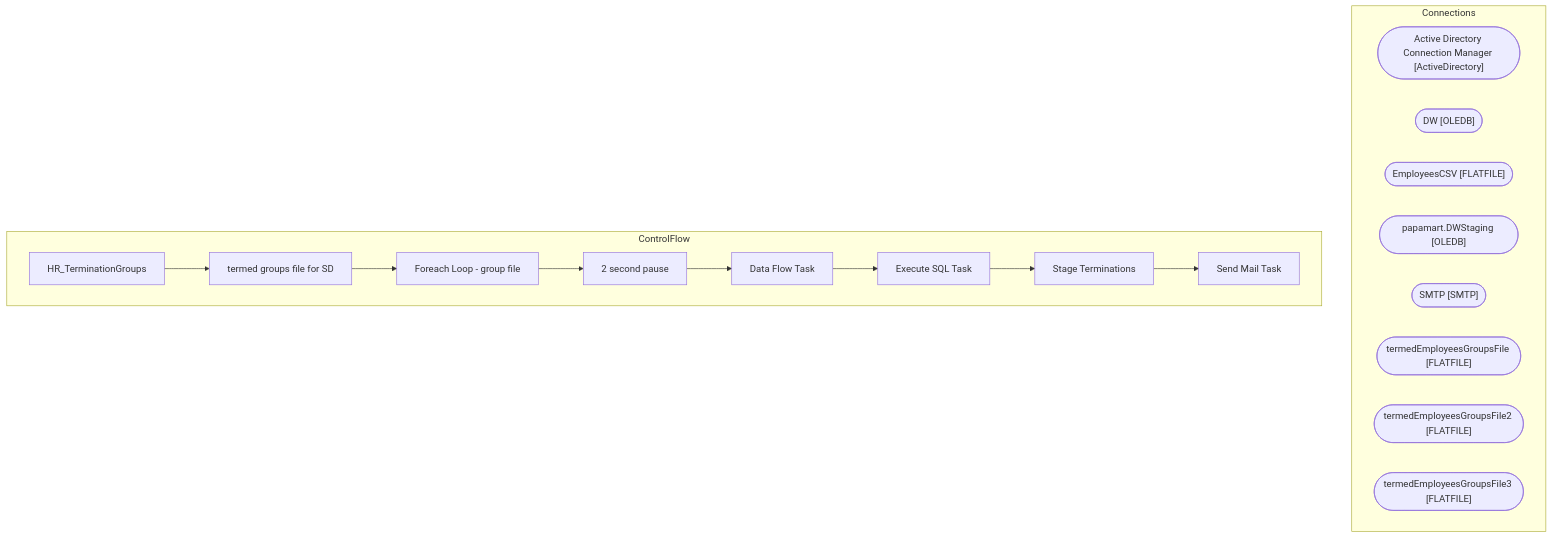
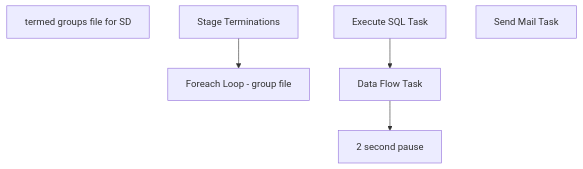
The diagram in bab-docs-explorer/Documentation/STL-SSIS-P-01/SSIS/HR/HR_TerminationGroups.HR_TerminationGroups.md (juanandresbrain/BABSkills), drawn with Mermaid before and after one commit. The commit also changed other lines of this file and 273 other files, not shown here.

````diff
--- a/bab-docs-explorer/Documentation/STL-SSIS-P-01/SSIS/HR/HR_TerminationGroups.HR_TerminationGroups.md
+++ b/bab-docs-explorer/Documentation/STL-SSIS-P-01/SSIS/HR/HR_TerminationGroups.HR_TerminationGroups.md
@@ -9,30 +47,13 @@
 ```mermaid
 flowchart TD
-    subgraph Connections
-        Active_Directory_Connection_Manager_conn(["Active Directory Connection Manager [ActiveDirectory]"])
-        DW_conn(["DW [OLEDB]"])
-        EmployeesCSV_conn(["EmployeesCSV [FLATFILE]"])
-        papamart_DWStaging_conn(["papamart.DWStaging [OLEDB]"])
-        SMTP_conn(["SMTP [SMTP]"])
-        termedEmployeesGroupsFile_conn(["termedEmployeesGroupsFile [FLATFILE]"])
-        termedEmployeesGroupsFile2_conn(["termedEmployeesGroupsFile2 [FLATFILE]"])
-        termedEmployeesGroupsFile3_conn(["termedEmployeesGroupsFile3 [FLATFILE]"])
-    end
-    subgraph ControlFlow
-        HR_TerminationGroups_task["HR_TerminationGroups"]
-        termed_groups_file_for_SD_task["termed groups file for SD"]
-        HR_TerminationGroups_task --> termed_groups_file_for_SD_task
-        Foreach_Loop___group_file_task["Foreach Loop - group file"]
-        termed_groups_file_for_SD_task --> Foreach_Loop___group_file_task
-        2_second_pause_task["2 second pause"]
-        Foreach_Loop___group_file_task --> 2_second_pause_task
-        Data_Flow_Task_task["Data Flow Task"]
-        2_second_pause_task --> Data_Flow_Task_task
-        Execute_SQL_Task_task["Execute SQL Task"]
-        Data_Flow_Task_task --> Execute_SQL_Task_task
-        Stage_Terminations_task["Stage Terminations"]
-        Execute_SQL_Task_task --> Stage_Terminations_task
-        Send_Mail_Task_task["Send Mail Task"]
-        Stage_Terminations_task --> Send_Mail_Task_task
-    end
+    n_Package_termed_groups_file_for_SD["termed groups file for SD"]
+    n_Package_termed_groups_file_for_SD_Foreach_Loop___group_file["Foreach Loop - group file"]
+    n_Package_termed_groups_file_for_SD_Foreach_Loop___group_file_2_second_pause["2 second pause"]
+    n_Package_termed_groups_file_for_SD_Foreach_Loop___group_file_Data_Flow_Task["Data Flow Task"]
+    n_Package_termed_groups_file_for_SD_Foreach_Loop___group_file_Execute_SQL_Task["Execute SQL Task"]
+    n_Package_termed_groups_file_for_SD_Stage_Terminations["Stage Terminations"]
+    n_Package_EventHandlers_OnError__Send_Mail_Task["Send Mail Task"]
+    n_Package_termed_groups_file_for_SD_Foreach_Loop___group_file_Data_Flow_Task --> n_Package_termed_groups_file_for_SD_Foreach_Loop___group_file_2_second_pause
+    n_Package_termed_groups_file_for_SD_Foreach_Loop___group_file_Execute_SQL_Task --> n_Package_termed_groups_file_for_SD_Foreach_Loop___group_file_Data_Flow_Task
+    n_Package_termed_groups_file_for_SD_Stage_Terminations --> n_Package_termed_groups_file_for_SD_Foreach_Loop___group_file
 ```
````
